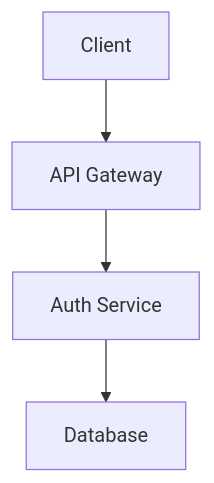
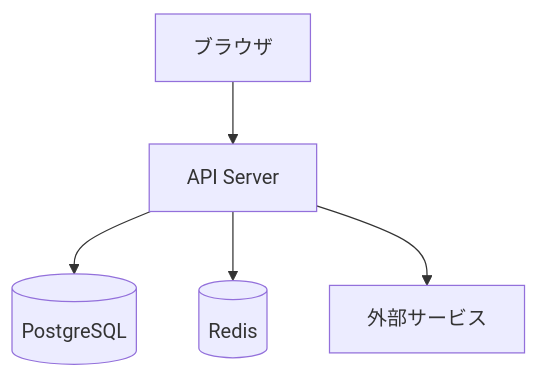
The first of 3 diagrams in specs/_templates/design-template.md (halfeng202602/halfengineer-sdd-lab), drawn with Mermaid before and after one commit. The commit also changed other lines of this file and 34 other files, not shown here.

````diff
--- a/specs/_templates/design-template.md
+++ b/specs/_templates/design-template.md
@@ -19,6 +18,7 @@
 ```mermaid
 graph TD
-    A[Client] --> B[API Gateway]
-    B --> C[Auth Service]
-    C --> D[Database]
+    Client[ブラウザ] --> API[API Server]
+    API --> DB[(PostgreSQL)]
+    API --> Cache[(Redis)]
+    API --> External[外部サービス]
 ```
````
